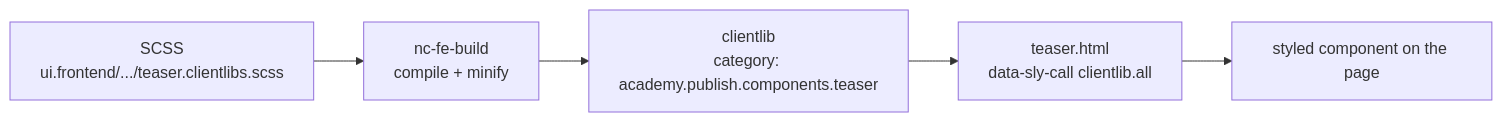
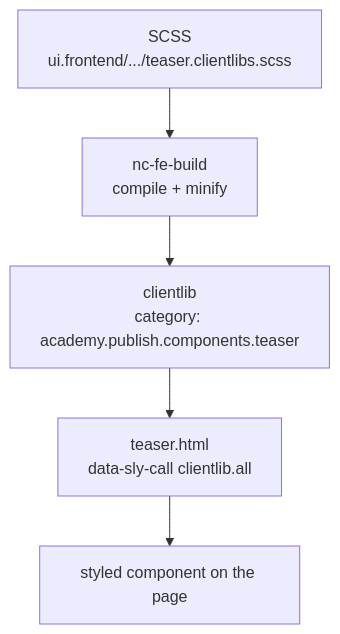
Before and after one commit to heshassan22/netcentric-academy: the diagram in src/content/sass/05-styling-aem-component.mdx, drawn with Mermaid. The commit also changed other lines of this file and 26 other files, not shown here.

````diff
--- a/src/content/sass/05-styling-aem-component.mdx
+++ b/src/content/sass/05-styling-aem-component.mdx
@@ -14,7 +14,7 @@
 ```mermaid
-flowchart LR
+flowchart TD
   S["SCSS<br/>ui.frontend/.../teaser.clientlibs.scss"] --> B["nc-fe-build<br/>compile + minify"]
   B --> C["clientlib<br/>category: academy.publish.components.teaser"]
   C --> H["teaser.html<br/>data-sly-call clientlib.all"]
   H --> P["styled component on the page"]
 ```
````
